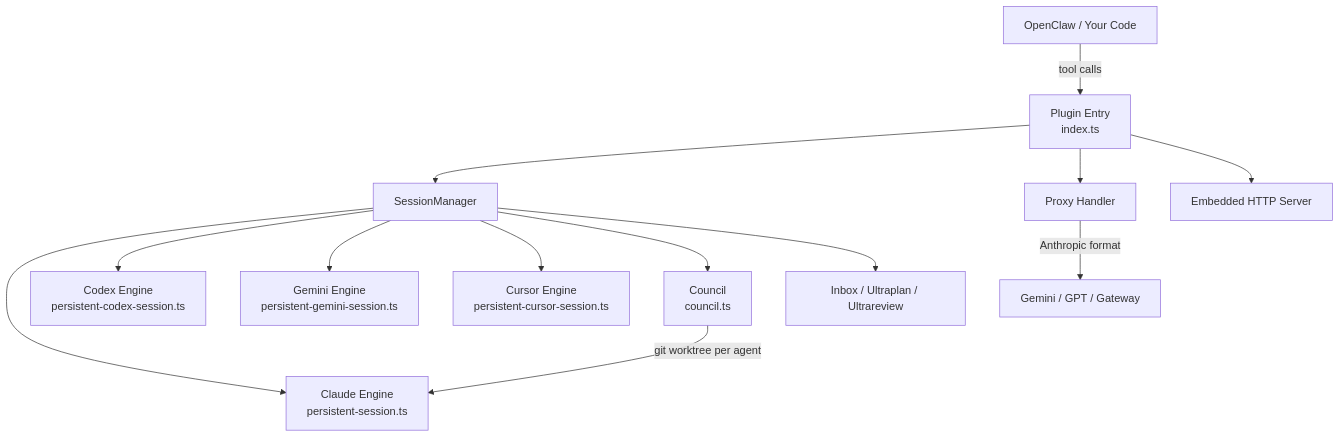
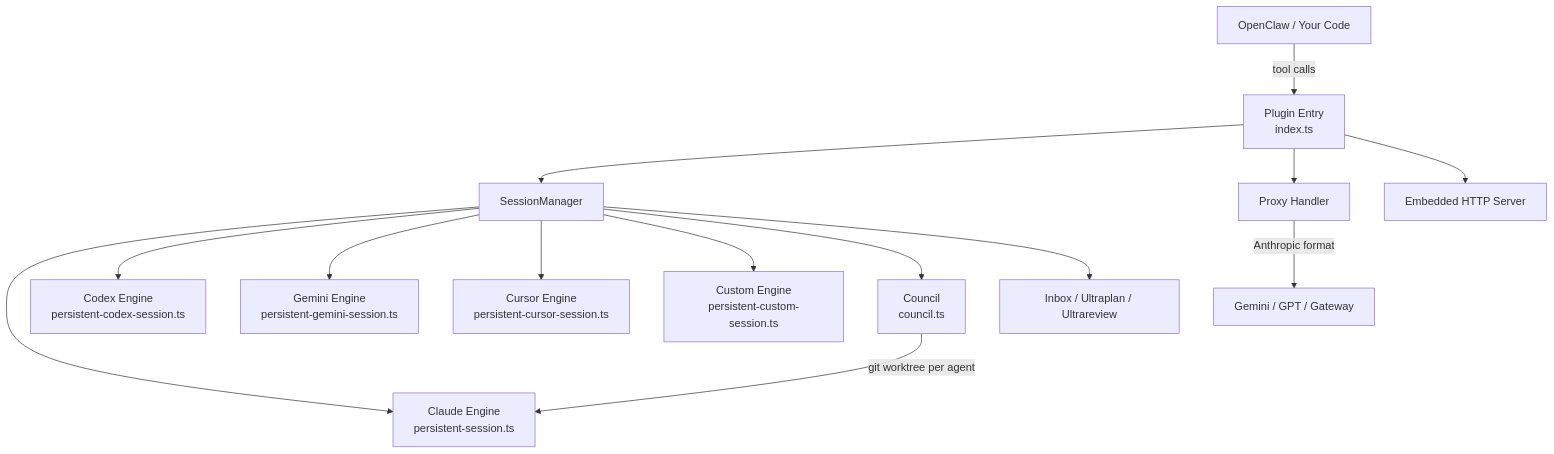
One commit to Stars1233/openclaw-claude-code changed the diagram in README.md. Above: the diagram before and after it, drawn with Mermaid. The commit also changed other lines of this file and 11 other files, not shown here.

First line of the commit message:
feat: custom engine — integrate any coding agent CLI via config (v2.10.0)

````diff
--- a/README.md
+++ b/README.md
@@ -163,15 +176,16 @@
 ```mermaid
 graph TD
     A[OpenClaw / Your Code] -->|tool calls| B[Plugin Entry<br/>index.ts]
     B --> C[SessionManager]
     C --> D[Claude Engine<br/>persistent-session.ts]
     C --> E[Codex Engine<br/>persistent-codex-session.ts]
     C --> K[Gemini Engine<br/>persistent-gemini-session.ts]
     C --> L[Cursor Engine<br/>persistent-cursor-session.ts]
+    C --> M[Custom Engine<br/>persistent-custom-session.ts]
     C --> F[Council<br/>council.ts]
     C --> G[Inbox / Ultraplan / Ultrareview]
     F -->|git worktree per agent| D
     B --> H[Proxy Handler]
     H -->|Anthropic format| I[Gemini / GPT / Gateway]
     B --> J[Embedded HTTP Server]
 ```
````
